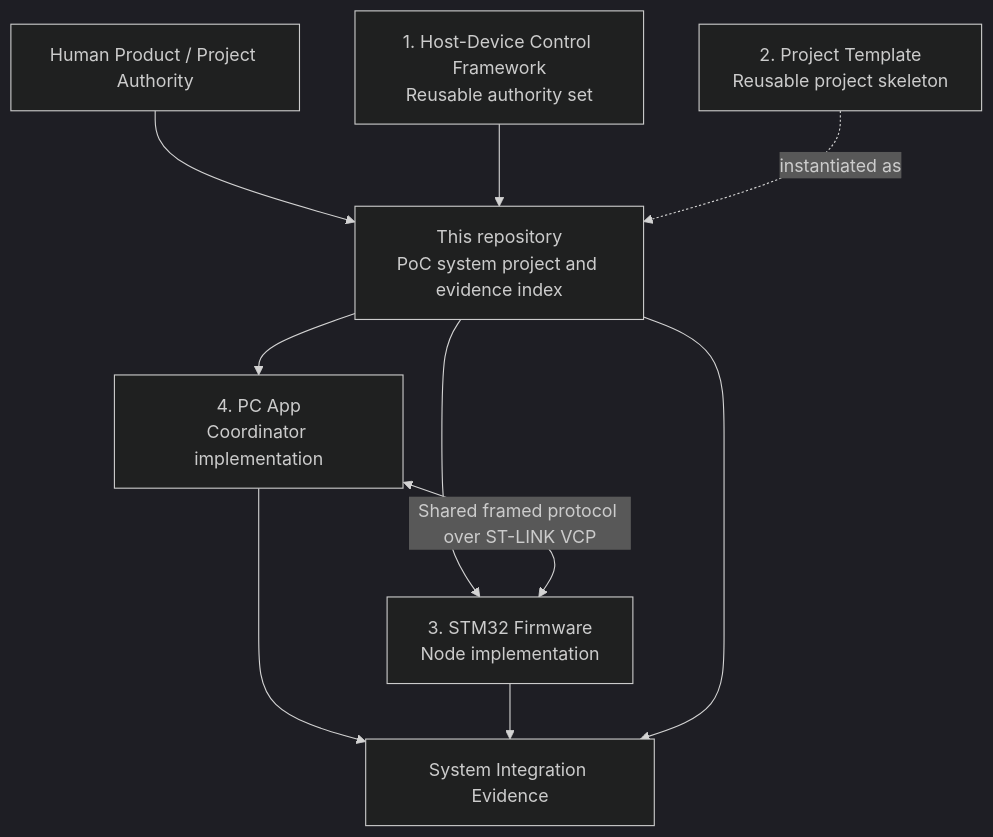
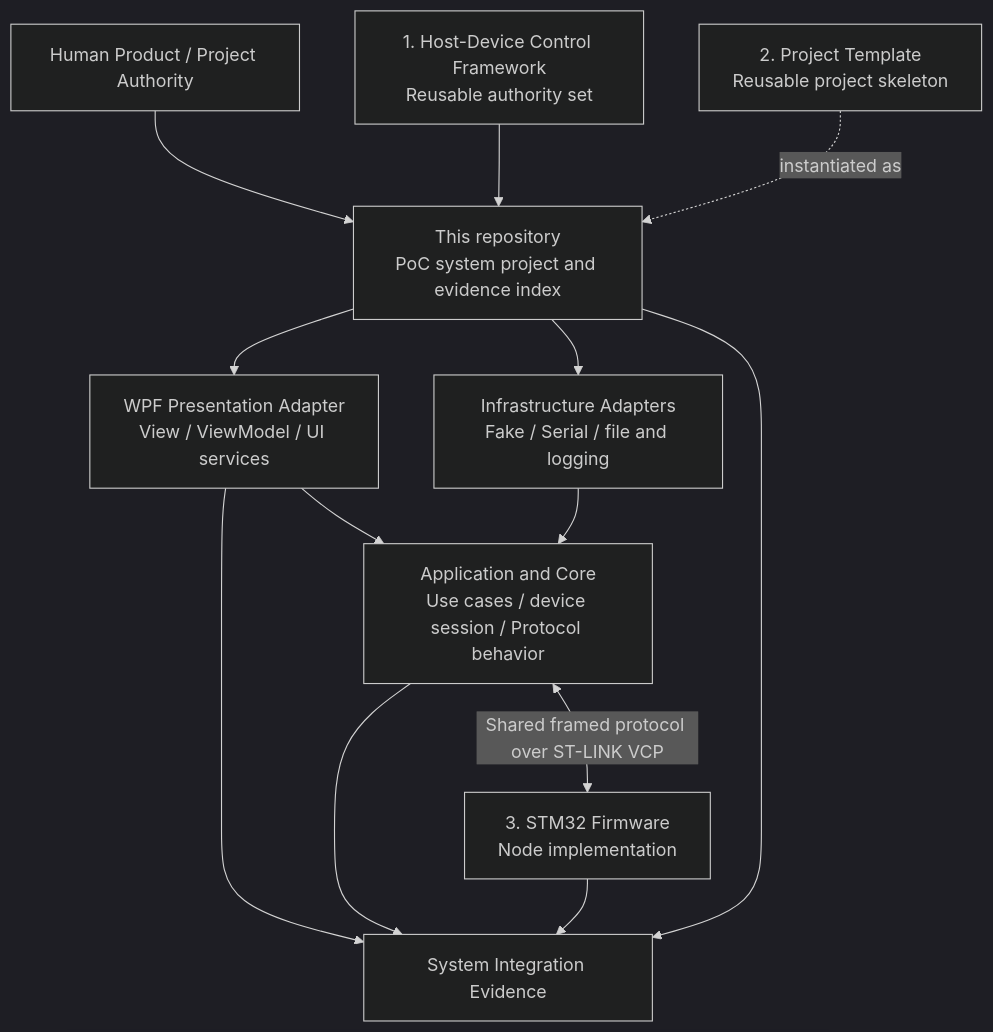
Before and after one commit to jkman357/host-device-control-poc-system: the diagram in README.md, drawn with Mermaid (dark theme). The commit also changed other lines of this file and 14 other files, not shown here.

````diff
--- a/README.md
+++ b/README.md
@@ -53,20 +53,32 @@
 ```mermaid
 flowchart TB
     H[Human Product / Project Authority]
-    F[1. Host-Device Control Framework\nReusable authority set]
-    T[2. Project Template\nReusable project skeleton]
-    S[This repository\nPoC system project and evidence index]
-    P[4. PC App\nCoordinator implementation]
-    M[3. STM32 Firmware\nNode implementation]
+    F[1. Host-Device Control Framework
+Reusable authority set]
+    T[2. Project Template
+Reusable project skeleton]
+    S[This repository
+PoC system project and evidence index]
+    U[WPF Presentation Adapter
+View / ViewModel / UI services]
+    A[Application and Core
+Use cases / device session / Protocol behavior]
+    I[Infrastructure Adapters
+Fake / Serial / file and logging]
+    M[3. STM32 Firmware
+Node implementation]
     E[System Integration Evidence]
 
     H --> S
     F --> S
     T -. instantiated as .-> S
-    S --> P
-    S --> M
-    P <--> |Shared framed protocol over ST-LINK VCP| M
-    P --> E
+    S --> U
+    U --> A
+    I --> A
+    S --> I
+    A <--> |Shared framed protocol over ST-LINK VCP| M
+    U --> E
+    A --> E
     M --> E
     S --> E
 ```
````
